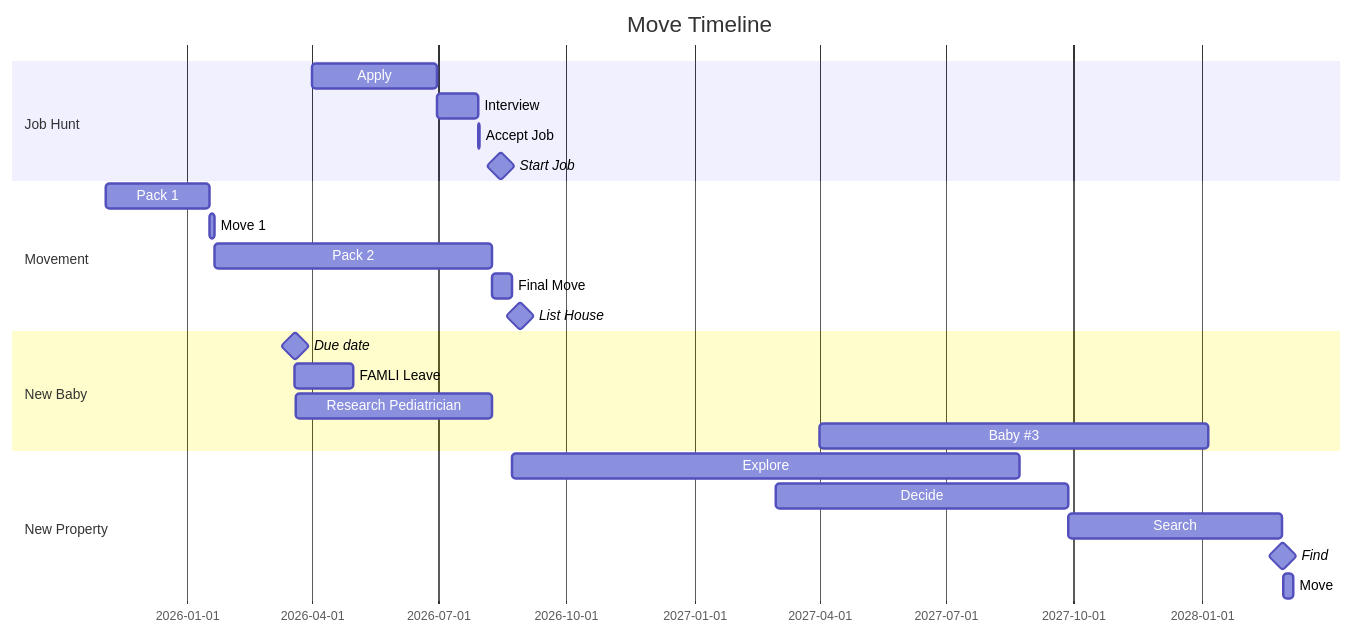
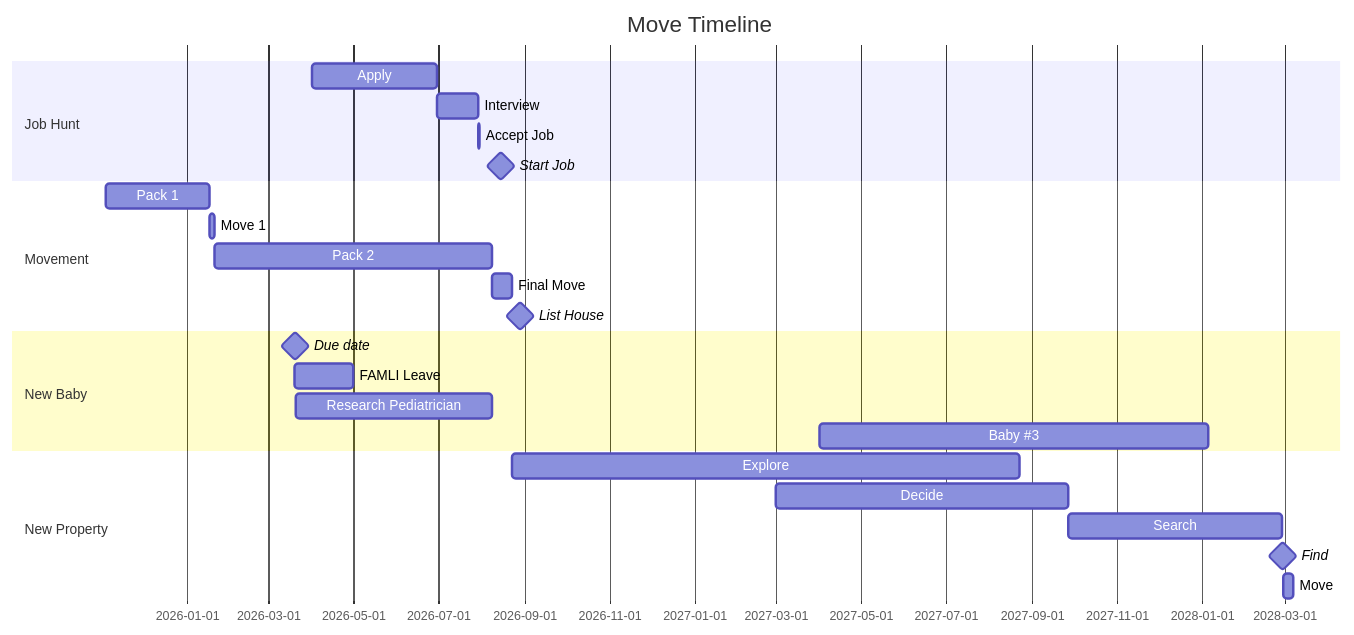
One commit to lfulmer35/ArkansasPlanning changed the diagram in brainstorm.md. Above: the diagram before and after it, drawn with Mermaid. The commit also changed other lines of this file and 1 other file, not shown here.

````diff
--- a/brainstorm.md
+++ b/brainstorm.md
@@ -340,28 +294,28 @@
 ```mermaid
 gantt
 title Move Timeline
     dateFormat YYYY-MM-DD
-    tickInterval 3month
+    tickInterval 2month
     section Job Hunt
         Apply       : ap1, 2026-04-01, 90d
         Interview   : ap2, after ap1, 30d 
         Accept Job  : after ap2, 1d
         Start Job   :milestone, 2026-08-30
     section Movement
         Pack 1      :p1, 2025-11-4, 75d
         Move 1      :m1, after p1, 3d 
         Pack 2      :p2, after m1, 200d
         Final Move  : m3, after p2, 14d
         List House  :milestone, after ap2, 60d
     section New Baby
         Due date    :milestone, 2026-03-20, 1d
         FAMLI Leave :bb1, 2026-03-20, 6w
         Research Pediatrician : 2026-3-21, until m3
         Baby #3     :bb2, 2027-04-01, 40w
     section New Property
         Explore    :after m3, 1y
         Decide     :d1, 2027-03-01, 30w
         Search     :finSearch, after d1, 22w
         Find       :milestone, 1d
         Move       : 7d
 ```
````
